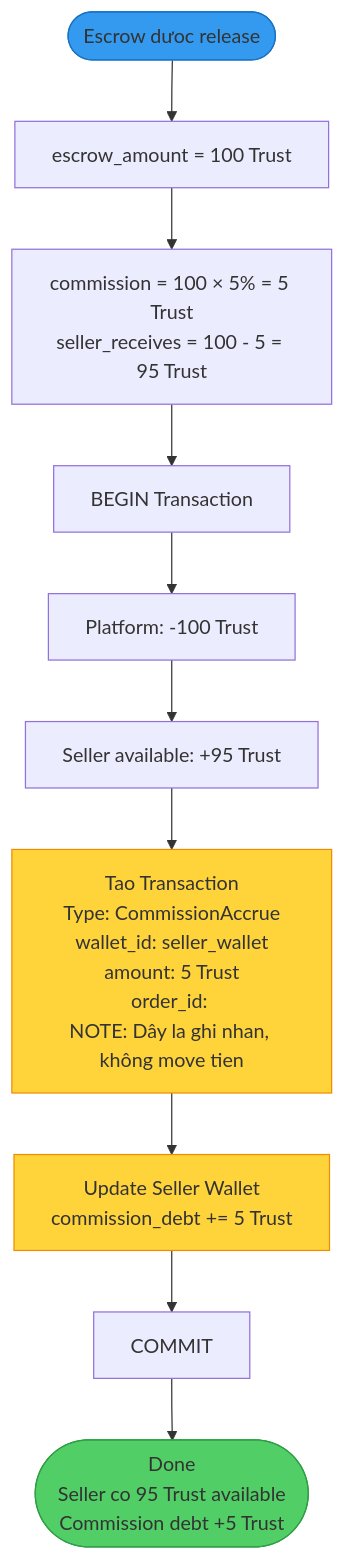
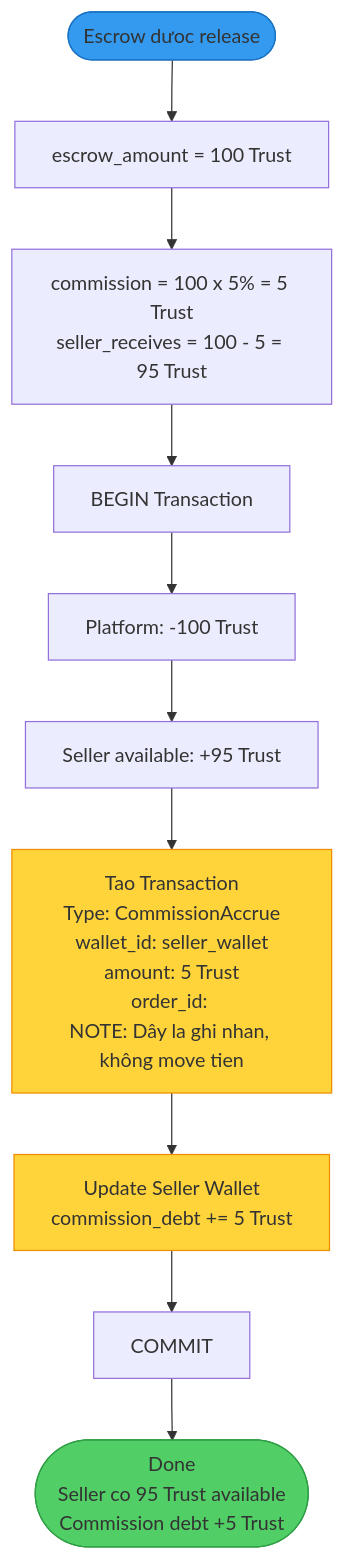
Before and after one commit to anhnguyen123312/ShopMMO: the tenth of 20 diagrams in mmo-api/docs/v2/05-wallet-v2-platform-wallet-flows.md, drawn with Mermaid. The commit also changed other lines of this file and 1 other file, not shown here.

First line of the commit message:
fix: remove special characters from mermaid diagrams

````diff
--- a/mmo-api/docs/v2/05-wallet-v2-platform-wallet-flows.md
+++ b/mmo-api/docs/v2/05-wallet-v2-platform-wallet-flows.md
@@ -812,23 +812,23 @@
 ```mermaid
 flowchart TD
     Start([Escrow dưoc release])
 
     Start --> GetAmount[escrow_amount = 100 Trust]
-    GetAmount --> CalcCommission[commission = 100 × 5% = 5 Trust<br/>seller_receives = 100 - 5 = 95 Trust]
+    GetAmount --> CalcCommission[commission = 100 x 5% = 5 Trust<br/>seller_receives = 100 - 5 = 95 Trust]
 
     CalcCommission --> BeginTx[ BEGIN Transaction]
     BeginTx --> DeductPlatform[Platform: -100 Trust]
     DeductPlatform --> CreditSeller[Seller available: +95 Trust]
 
     %% Commission Accrual
     CreditSeller --> CreateCommissionTx[Tao Transaction<br/>Type: CommissionAccrue<br/>wallet_id: seller_wallet<br/>amount: 5 Trust<br/>order_id: <order_id><br/>NOTE: Dây la ghi nhan, không move tien]
     CreateCommissionTx --> UpdateCommissionDebt[Update Seller Wallet<br/>commission_debt += 5 Trust]
 
     UpdateCommissionDebt --> CommitTx[ COMMIT]
     CommitTx --> End([Done<br/>Seller co 95 Trust available<br/>Commission debt +5 Trust])
 
     style Start fill:#339af0,stroke:#1971c2
     style End fill:#51cf66,stroke:#2f9e44
     style CreateCommissionTx fill:#ffd43b,stroke:#f08c00
     style UpdateCommissionDebt fill:#ffd43b,stroke:#f08c00
 ```
````
